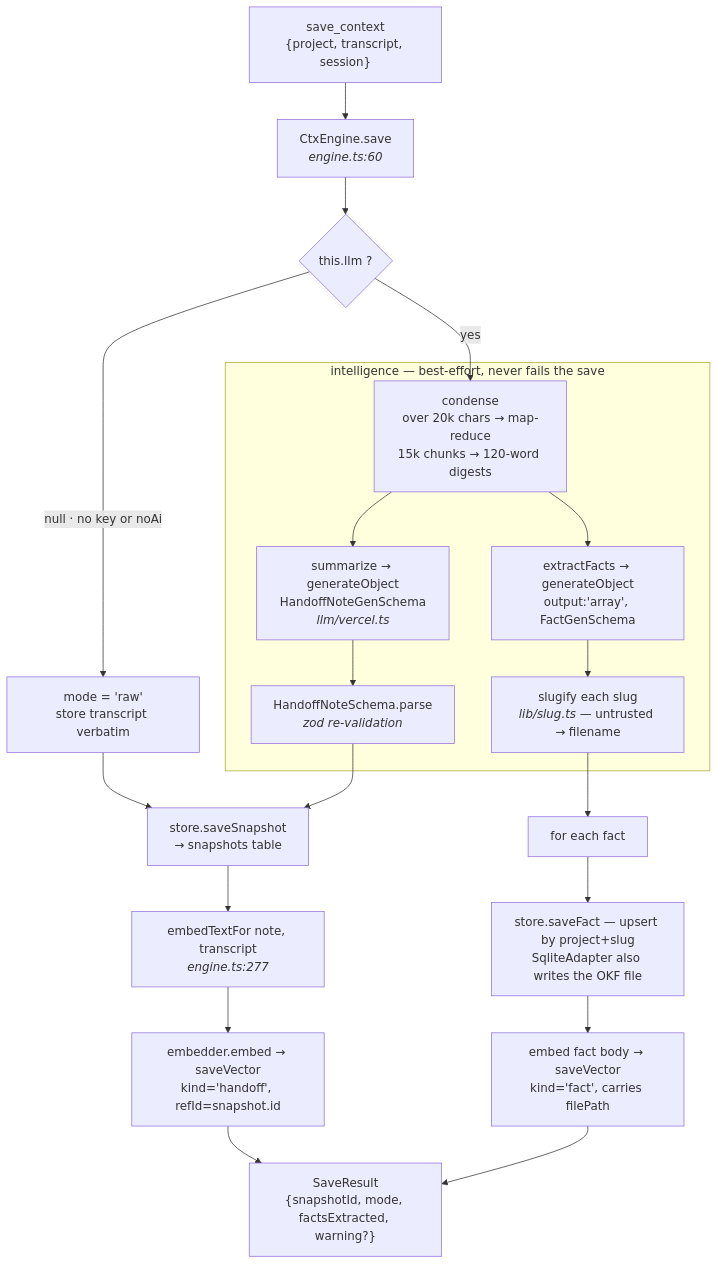
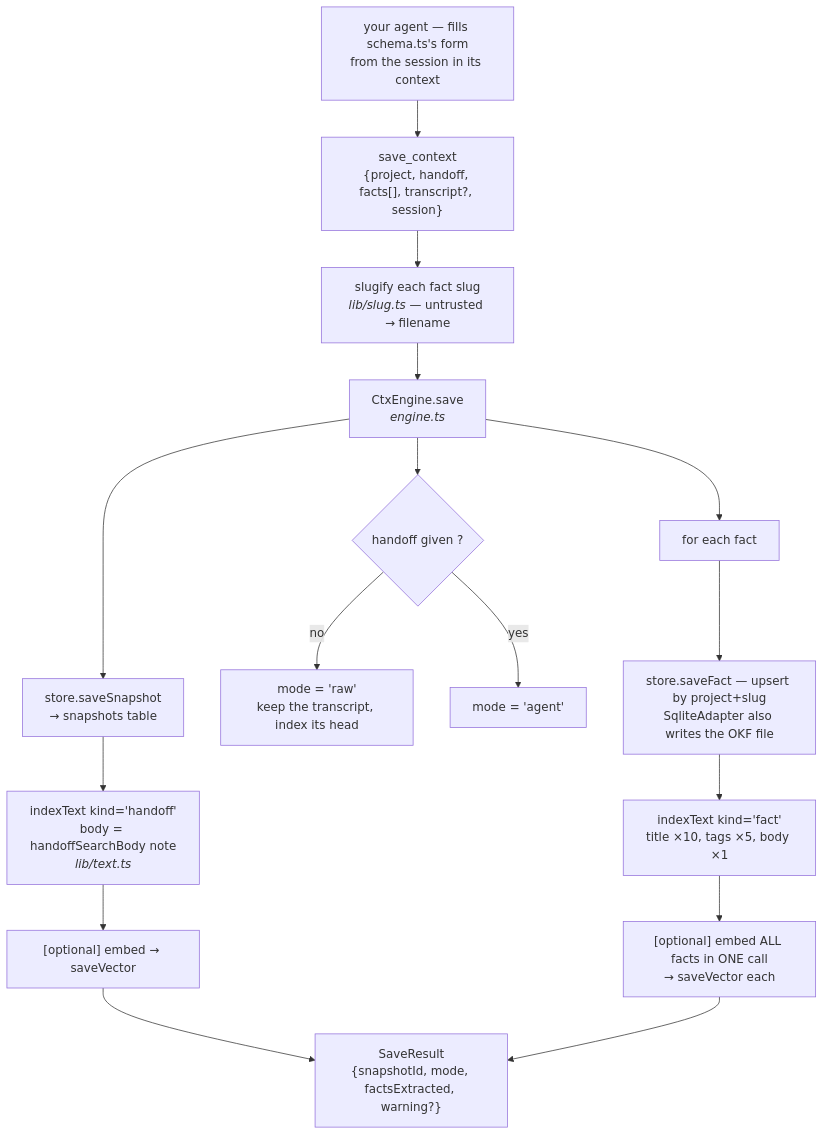
Before and after one commit to maskfool/ctxvault: the second of 5 diagrams in docs/DATA-FLOW.md, drawn with Mermaid. The commit also changed other lines of this file and 11 other files, not shown here.

````diff
--- a/docs/DATA-FLOW.md
+++ b/docs/DATA-FLOW.md
@@ -64,30 +67,23 @@
 ```mermaid
 flowchart TD
-    IN["save_context<br/>{project, transcript, session}"] --> ENG["CtxEngine.save<br/><i>engine.ts:60</i>"]
+    AG["your agent — fills schema.ts's form<br/>from the session in its context"]
+    AG --> IN["save_context<br/>{project, handoff, facts[], transcript?, session}"]
+    IN --> SLUG["slugify each fact slug<br/><i>lib/slug.ts</i> — untrusted → filename"]
+    SLUG --> ENG["CtxEngine.save<br/><i>engine.ts</i>"]
 
-    ENG --> HASLLM{"this.llm ?"}
-    HASLLM -->|"null · no key or noAi"| RAW["mode = 'raw'<br/>store transcript verbatim"]
+    ENG --> SNAP["store.saveSnapshot<br/>→ snapshots table"]
+    ENG --> MODE{"handoff given ?"}
+    MODE -->|no| RAW["mode = 'raw'<br/>keep the transcript, index its head"]
+    MODE -->|yes| OK["mode = 'agent'"]
 
-    subgraph INTEL["intelligence — best-effort, never fails the save"]
-        COND["condense<br/>over 20k chars → map-reduce<br/>15k chunks → 120-word digests"]
-        COND --> SUM["summarize → generateObject<br/>HandoffNoteGenSchema<br/><i>llm/vercel.ts</i>"]
-        COND --> FACT["extractFacts → generateObject<br/>output:'array', FactGenSchema"]
-        SUM --> V1["HandoffNoteSchema.parse<br/><i>zod re-validation</i>"]
-        FACT --> V2["slugify each slug<br/><i>lib/slug.ts</i> — untrusted → filename"]
-    end
+    SNAP --> HIDX["indexText kind='handoff'<br/>body = handoffSearchBody note<br/><i>lib/text.ts</i>"]
+    HIDX --> HEMB["[optional] embed → saveVector"]
 
-    HASLLM -->|"yes"| COND
-    SNAP["store.saveSnapshot<br/>→ snapshots table"]
-    V1 --> SNAP
-    RAW --> SNAP
+    ENG --> FLOOP["for each fact"]
+    FLOOP --> SF["store.saveFact — upsert by project+slug<br/>SqliteAdapter also writes the OKF file"]
+    SF --> FIDX["indexText kind='fact'<br/>title ×10, tags ×5, body ×1"]
+    FIDX --> BATCH["[optional] embed ALL facts in ONE call<br/>→ saveVector each"]
 
-    SNAP --> IDX["embedTextFor note, transcript<br/><i>engine.ts:277</i>"]
-    IDX --> EMB["embedder.embed → saveVector<br/>kind='handoff', refId=snapshot.id"]
-
-    V2 --> FLOOP["for each fact"]
-    FLOOP --> SF["store.saveFact — upsert by project+slug<br/>SqliteAdapter also writes the OKF file"]
-    SF --> FV["embed fact body → saveVector<br/>kind='fact', carries filePath"]
-
-    EMB --> OUT["SaveResult<br/>{snapshotId, mode, factsExtracted, warning?}"]
-    FV --> OUT
+    HEMB --> OUT["SaveResult<br/>{snapshotId, mode, factsExtracted, warning?}"]
+    BATCH --> OUT
 ```
````
